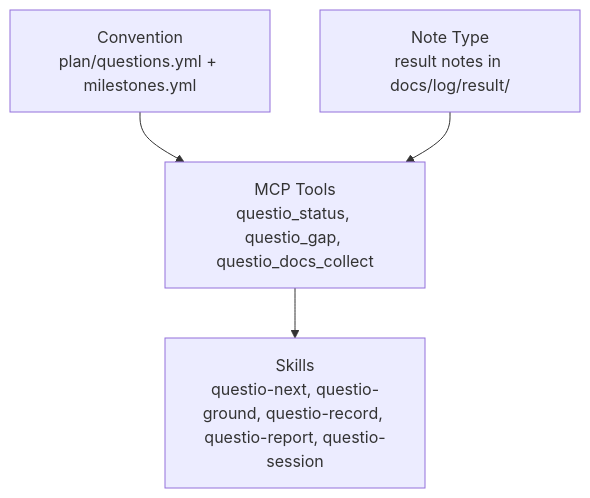
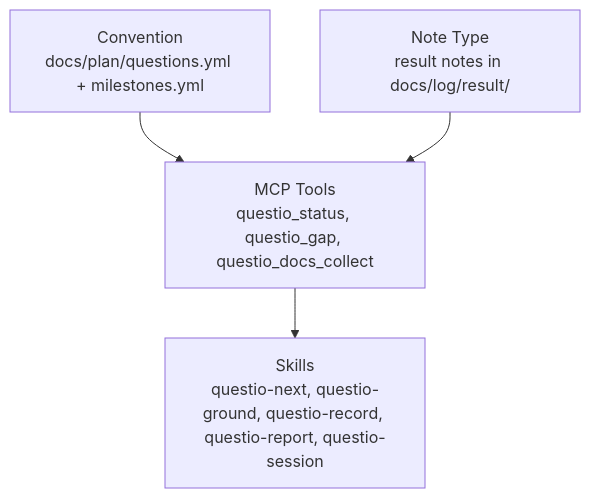
The second of 3 diagrams in docs/explanation/questio.md (arashshahidi1997/projio), drawn with Mermaid before and after one commit. The commit also changed other lines of this file and 16 other files, not shown here.

Commit message:
Move questio YAML to docs/plan/, reorganize plan docs (master/ subdir, rename draft to brainstorm)

````diff
--- a/docs/explanation/questio.md
+++ b/docs/explanation/questio.md
@@ -40,6 +40,6 @@
 ```mermaid
 flowchart TD
-    C[Convention<br/>plan/questions.yml + milestones.yml] --> T[MCP Tools<br/>questio_status, questio_gap, questio_docs_collect]
+    C[Convention<br/>docs/plan/questions.yml + milestones.yml] --> T[MCP Tools<br/>questio_status, questio_gap, questio_docs_collect]
     N[Note Type<br/>result notes in docs/log/result/] --> T
     T --> S[Skills<br/>questio-next, questio-ground, questio-record, questio-report, questio-session]
 ```
````
